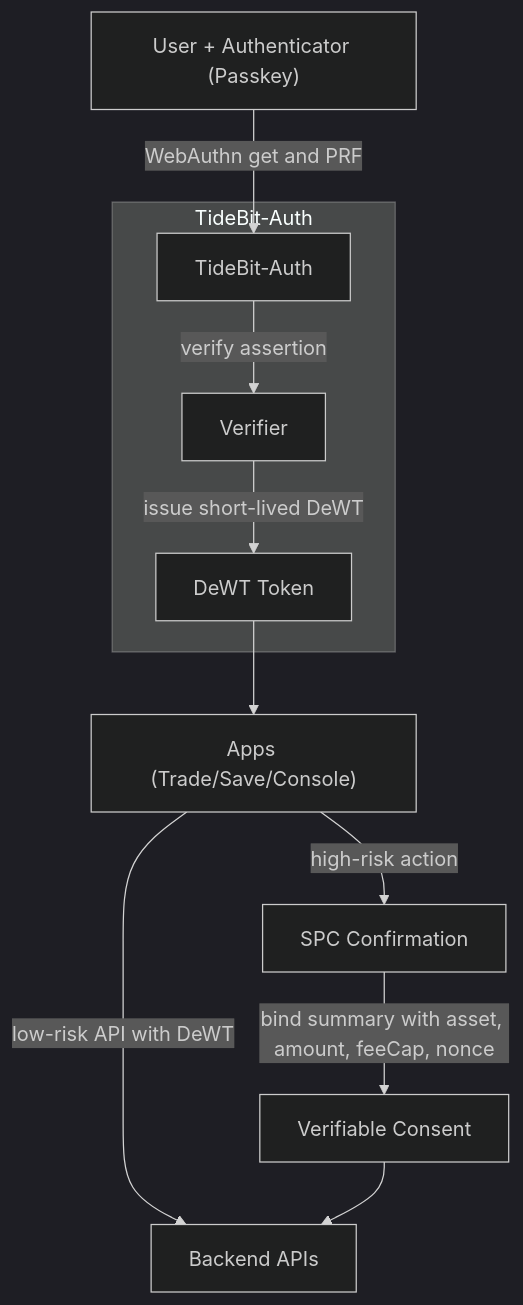
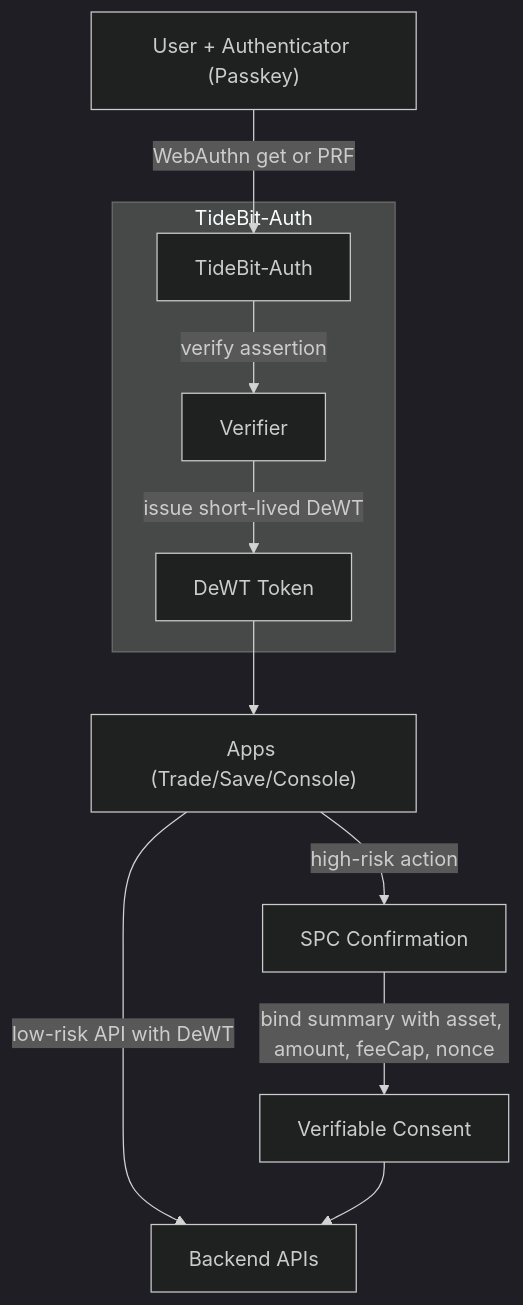
One commit to CAFECA-IO/KnowledgeManagement changed the diagram in TideBit-DeFi/FIDO2_Authentication.md. Above: the diagram before and after it, drawn with Mermaid (dark theme). The commit also changed other lines of this file, not shown here.

````diff
--- a/TideBit-DeFi/FIDO2_Authentication.md
+++ b/TideBit-DeFi/FIDO2_Authentication.md
@@ -76,15 +78,15 @@
 ```mermaid
 flowchart TB
-  u["User + Authenticator (Passkey)"] -->|WebAuthn get and PRF| auth["TideBit-Auth"]
+  u["User + Authenticator (Passkey)"] -->|WebAuthn get or PRF| auth["TideBit-Auth"]
 
   subgraph sg_auth["TideBit-Auth"]
     auth -->|verify assertion| v[Verifier]
     v -->|issue short-lived DeWT| jwt["DeWT Token"]
   end
 
   jwt --> apps["Apps (Trade/Save/Console)"]
   apps -->|low-risk API with DeWT| api["Backend APIs"]
   apps -->|high-risk action| spc["SPC Confirmation"]
   spc -->|bind summary with asset, amount, feeCap, nonce| consent["Verifiable Consent"]
   consent --> api
 ```
````
